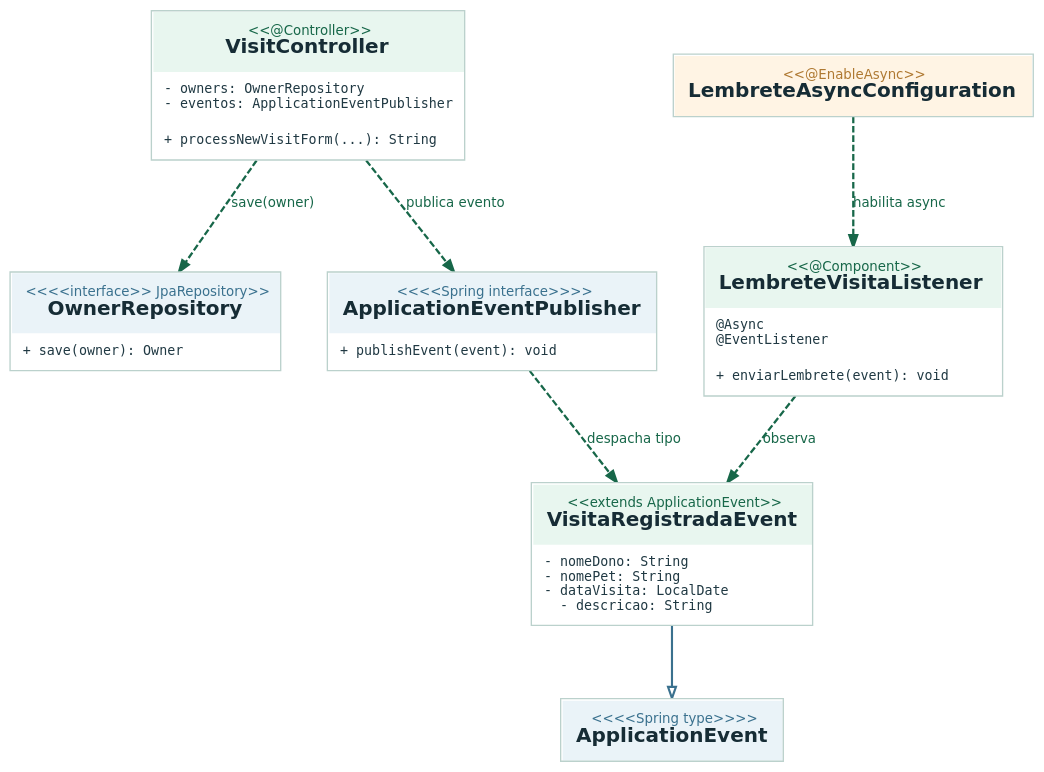
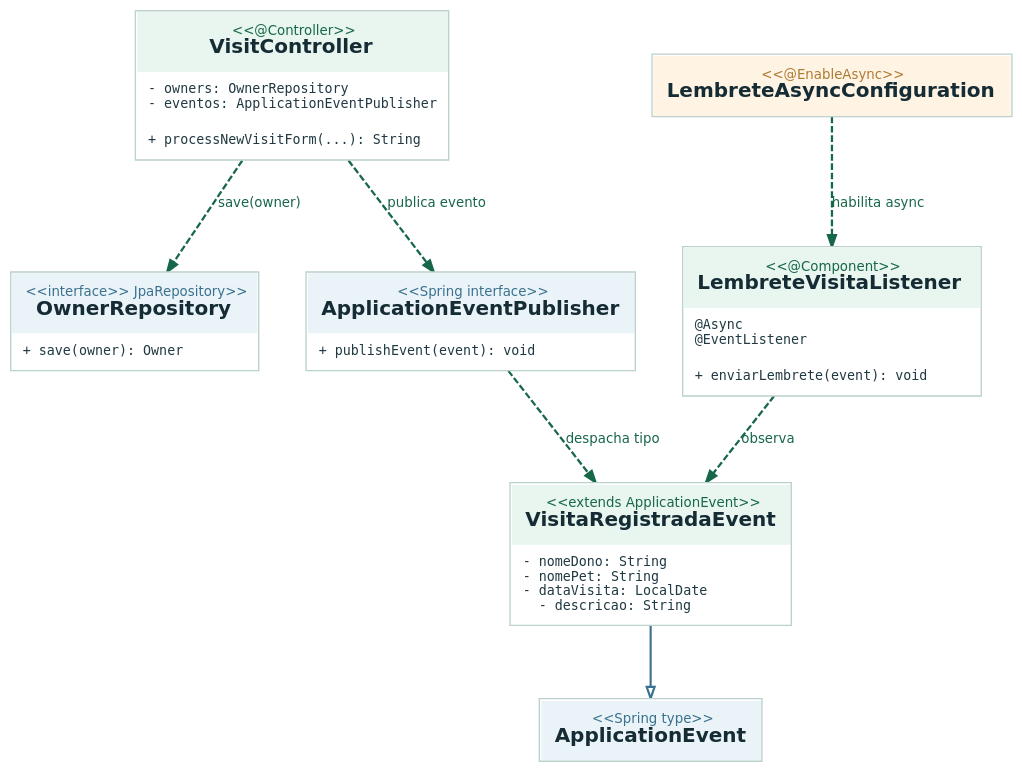
Before and after one commit to GabrielKayran/spring-petclinic: the diagram in docs/uml/dot/06_classes_observer.dot, drawn with Graphviz. The commit also changed 24 other files, not shown here.

First line of the commit message:
UML: diagrama de produção (Render + Neon) e correções nos diagramas

```diff
--- a/docs/uml/dot/06_classes_observer.dot
+++ b/docs/uml/dot/06_classes_observer.dot
@@ -1,18 +1,18 @@
 digraph G {
   graph [rankdir=TB, bgcolor="transparent", pad="0.32", nodesep=.48, ranksep=.75, splines=polyline, outputorder=edgesfirst, fontname="DejaVu Sans", fontsize=12];
   node [shape=plain, fontname="DejaVu Sans"];
   edge [color="#5C7280", fontname="DejaVu Sans", fontsize=10, arrowsize=.85, penwidth=1.3];
   VC [label=<<TABLE BORDER="1" CELLBORDER="0" CELLSPACING="0" CELLPADDING="1" COLOR="#BBD1CC" BGCOLOR="#FFFFFF"><TR><TD BGCOLOR="#E8F6EF" CELLPADDING="10" ALIGN="CENTER"><FONT FACE="DejaVu Sans" COLOR="#176749" POINT-SIZE="10">&lt;&lt;@Controller&gt;&gt;</FONT><BR/><FONT FACE="DejaVu Sans" COLOR="#162C35" POINT-SIZE="15"><B>VisitController</B></FONT></TD></TR><TR><TD ALIGN="LEFT" CELLPADDING="8"><FONT FACE="DejaVu Sans Mono" POINT-SIZE="10" COLOR="#203943">- owners: OwnerRepository<BR ALIGN="LEFT"/>- eventos: ApplicationEventPublisher</FONT></TD></TR><TR><TD ALIGN="LEFT" CELLPADDING="8"><FONT FACE="DejaVu Sans Mono" POINT-SIZE="10" COLOR="#203943">+ processNewVisitForm(...): String</FONT></TD></TR></TABLE>>];
-  REPO [label=<<TABLE BORDER="1" CELLBORDER="0" CELLSPACING="0" CELLPADDING="1" COLOR="#BBD1CC" BGCOLOR="#FFFFFF"><TR><TD BGCOLOR="#EAF3F8" CELLPADDING="10" ALIGN="CENTER"><FONT FACE="DejaVu Sans" COLOR="#3A718E" POINT-SIZE="10">&lt;&lt;&lt;&lt;interface&gt;&gt; JpaRepository&gt;&gt;</FONT><BR/><FONT FACE="DejaVu Sans" COLOR="#162C35" POINT-SIZE="15"><B>OwnerRepository</B></FONT></TD></TR><TR><TD ALIGN="LEFT" CELLPADDING="8"><FONT FACE="DejaVu Sans Mono" POINT-SIZE="10" COLOR="#203943">+ save(owner): Owner</FONT></TD></TR></TABLE>>];
-  PUB [label=<<TABLE BORDER="1" CELLBORDER="0" CELLSPACING="0" CELLPADDING="1" COLOR="#BBD1CC" BGCOLOR="#FFFFFF"><TR><TD BGCOLOR="#EAF3F8" CELLPADDING="10" ALIGN="CENTER"><FONT FACE="DejaVu Sans" COLOR="#3A718E" POINT-SIZE="10">&lt;&lt;&lt;&lt;Spring interface&gt;&gt;&gt;&gt;</FONT><BR/><FONT FACE="DejaVu Sans" COLOR="#162C35" POINT-SIZE="15"><B>ApplicationEventPublisher</B></FONT></TD></TR><TR><TD ALIGN="LEFT" CELLPADDING="8"><FONT FACE="DejaVu Sans Mono" POINT-SIZE="10" COLOR="#203943">+ publishEvent(event): void</FONT></TD></TR></TABLE>>];
+  REPO [label=<<TABLE BORDER="1" CELLBORDER="0" CELLSPACING="0" CELLPADDING="1" COLOR="#BBD1CC" BGCOLOR="#FFFFFF"><TR><TD BGCOLOR="#EAF3F8" CELLPADDING="10" ALIGN="CENTER"><FONT FACE="DejaVu Sans" COLOR="#3A718E" POINT-SIZE="10">&lt;&lt;interface&gt;&gt; JpaRepository&gt;&gt;</FONT><BR/><FONT FACE="DejaVu Sans" COLOR="#162C35" POINT-SIZE="15"><B>OwnerRepository</B></FONT></TD></TR><TR><TD ALIGN="LEFT" CELLPADDING="8"><FONT FACE="DejaVu Sans Mono" POINT-SIZE="10" COLOR="#203943">+ save(owner): Owner</FONT></TD></TR></TABLE>>];
+  PUB [label=<<TABLE BORDER="1" CELLBORDER="0" CELLSPACING="0" CELLPADDING="1" COLOR="#BBD1CC" BGCOLOR="#FFFFFF"><TR><TD BGCOLOR="#EAF3F8" CELLPADDING="10" ALIGN="CENTER"><FONT FACE="DejaVu Sans" COLOR="#3A718E" POINT-SIZE="10">&lt;&lt;Spring interface&gt;&gt;</FONT><BR/><FONT FACE="DejaVu Sans" COLOR="#162C35" POINT-SIZE="15"><B>ApplicationEventPublisher</B></FONT></TD></TR><TR><TD ALIGN="LEFT" CELLPADDING="8"><FONT FACE="DejaVu Sans Mono" POINT-SIZE="10" COLOR="#203943">+ publishEvent(event): void</FONT></TD></TR></TABLE>>];
   EVT [label=<<TABLE BORDER="1" CELLBORDER="0" CELLSPACING="0" CELLPADDING="1" COLOR="#BBD1CC" BGCOLOR="#FFFFFF"><TR><TD BGCOLOR="#E8F6EF" CELLPADDING="10" ALIGN="CENTER"><FONT FACE="DejaVu Sans" COLOR="#176749" POINT-SIZE="10">&lt;&lt;extends ApplicationEvent&gt;&gt;</FONT><BR/><FONT FACE="DejaVu Sans" COLOR="#162C35" POINT-SIZE="15"><B>VisitaRegistradaEvent</B></FONT></TD></TR><TR><TD ALIGN="LEFT" CELLPADDING="8"><FONT FACE="DejaVu Sans Mono" POINT-SIZE="10" COLOR="#203943">- nomeDono: String<BR ALIGN="LEFT"/>- nomePet: String<BR ALIGN="LEFT"/>- dataVisita: LocalDate<BR ALIGN="LEFT"/>- descricao: String</FONT></TD></TR></TABLE>>];
   L [label=<<TABLE BORDER="1" CELLBORDER="0" CELLSPACING="0" CELLPADDING="1" COLOR="#BBD1CC" BGCOLOR="#FFFFFF"><TR><TD BGCOLOR="#E8F6EF" CELLPADDING="10" ALIGN="CENTER"><FONT FACE="DejaVu Sans" COLOR="#176749" POINT-SIZE="10">&lt;&lt;@Component&gt;&gt;</FONT><BR/><FONT FACE="DejaVu Sans" COLOR="#162C35" POINT-SIZE="15"><B>LembreteVisitaListener</B></FONT></TD></TR><TR><TD ALIGN="LEFT" CELLPADDING="8"><FONT FACE="DejaVu Sans Mono" POINT-SIZE="10" COLOR="#203943">@Async<BR ALIGN="LEFT"/>@EventListener</FONT></TD></TR><TR><TD ALIGN="LEFT" CELLPADDING="8"><FONT FACE="DejaVu Sans Mono" POINT-SIZE="10" COLOR="#203943">+ enviarLembrete(event): void</FONT></TD></TR></TABLE>>];
   CONF [label=<<TABLE BORDER="1" CELLBORDER="0" CELLSPACING="0" CELLPADDING="1" COLOR="#BBD1CC" BGCOLOR="#FFFFFF"><TR><TD BGCOLOR="#FFF4E4" CELLPADDING="10" ALIGN="CENTER"><FONT FACE="DejaVu Sans" COLOR="#AF7932" POINT-SIZE="10">&lt;&lt;@EnableAsync&gt;&gt;</FONT><BR/><FONT FACE="DejaVu Sans" COLOR="#162C35" POINT-SIZE="15"><B>LembreteAsyncConfiguration</B></FONT></TD></TR></TABLE>>];
-  AppEvent [label=<<TABLE BORDER="1" CELLBORDER="0" CELLSPACING="0" CELLPADDING="1" COLOR="#BBD1CC" BGCOLOR="#FFFFFF"><TR><TD BGCOLOR="#EAF3F8" CELLPADDING="10" ALIGN="CENTER"><FONT FACE="DejaVu Sans" COLOR="#3A718E" POINT-SIZE="10">&lt;&lt;&lt;&lt;Spring type&gt;&gt;&gt;&gt;</FONT><BR/><FONT FACE="DejaVu Sans" COLOR="#162C35" POINT-SIZE="15"><B>ApplicationEvent</B></FONT></TD></TR></TABLE>>];
+  AppEvent [label=<<TABLE BORDER="1" CELLBORDER="0" CELLSPACING="0" CELLPADDING="1" COLOR="#BBD1CC" BGCOLOR="#FFFFFF"><TR><TD BGCOLOR="#EAF3F8" CELLPADDING="10" ALIGN="CENTER"><FONT FACE="DejaVu Sans" COLOR="#3A718E" POINT-SIZE="10">&lt;&lt;Spring type&gt;&gt;</FONT><BR/><FONT FACE="DejaVu Sans" COLOR="#162C35" POINT-SIZE="15"><B>ApplicationEvent</B></FONT></TD></TR></TABLE>>];
   VC -> REPO [label="save(owner)",color="#176749",fontcolor="#176749",style=dashed,penwidth=1.7];
   VC -> PUB [label="publica evento",color="#176749",fontcolor="#176749",style=dashed,penwidth=1.7];
   PUB -> EVT [label="despacha tipo",color="#176749",fontcolor="#176749",style=dashed,penwidth=1.7];
   L -> EVT [label="observa",color="#176749",fontcolor="#176749",style=dashed,penwidth=1.7];
   CONF -> L [label="habilita async",color="#176749",fontcolor="#176749",style=dashed,penwidth=1.7];
   EVT -> AppEvent [arrowhead=empty,penwidth=1.6,color="#3A718E"];
 }
```
